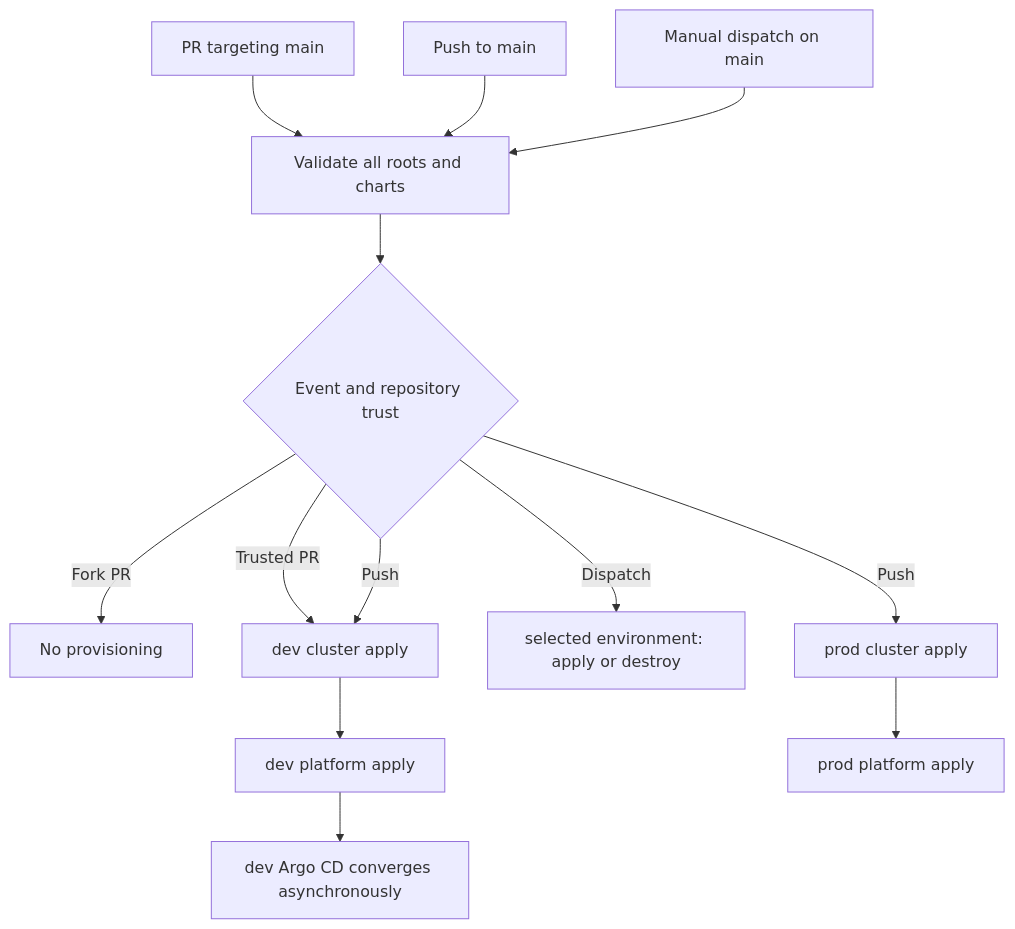
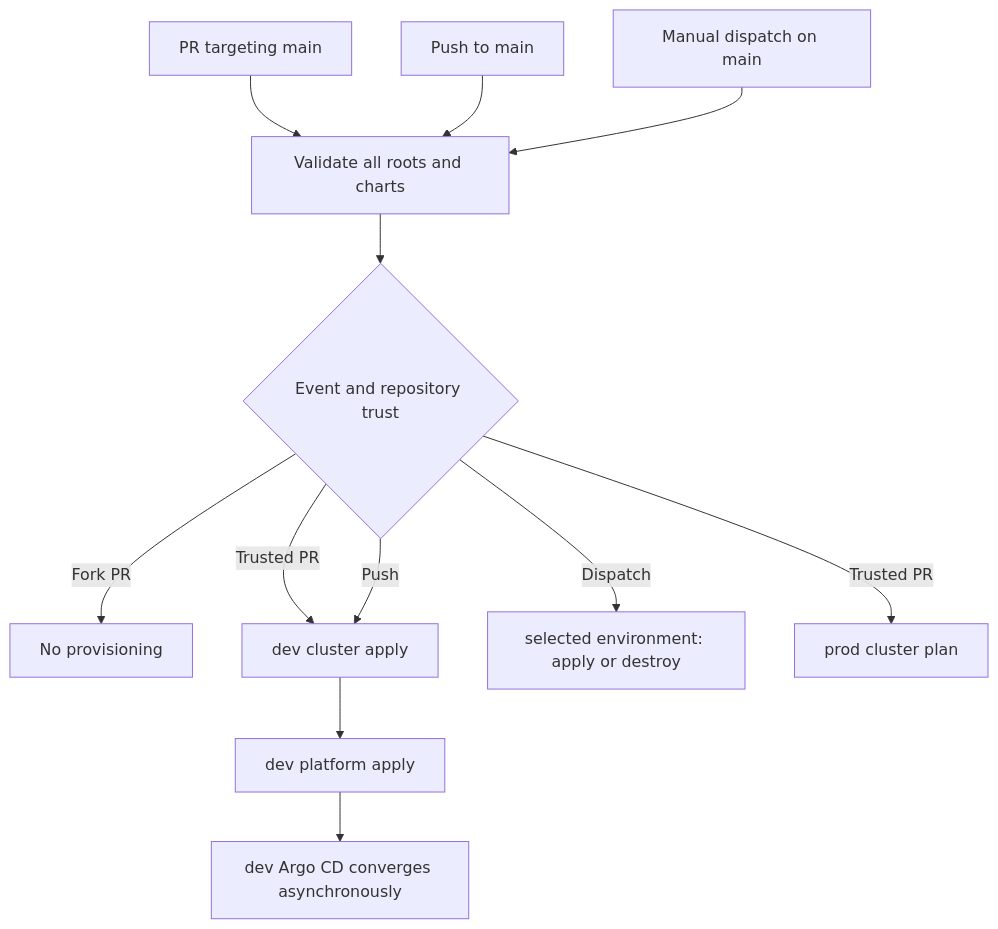
Before and after one commit to phuchoang2603/talos-proxmox: the second of 2 diagrams in docs/architecture/terraform-ci.md, drawn with Mermaid. The commit also changed other lines of this file and 2 other files, not shown here.

Commit message:
ci: require manual dispatch for prod deployment

````diff
--- a/docs/architecture/terraform-ci.md
+++ b/docs/architecture/terraform-ci.md
@@ -36,15 +36,14 @@
 ```mermaid
 flowchart TD
     PR["PR targeting main"] --> Lint["Validate all roots and charts"]
     Push["Push to main"] --> Lint
     Dispatch["Manual dispatch on main"] --> Lint
     Lint --> Trigger{"Event and repository trust"}
     Trigger -->|"Fork PR"| Done["No provisioning"]
     Trigger -->|"Trusted PR"| DevCluster
     Trigger -->|"Push"| DevCluster["dev cluster apply"]
     Trigger -->|"Dispatch"| Selected["selected environment: apply or destroy"]
     DevCluster --> DevPlatform["dev platform apply"]
     DevPlatform --> DevArgo["dev Argo CD converges asynchronously"]
-    Trigger -->|"Push"| ProdCluster["prod cluster apply"]
-    ProdCluster --> ProdPlatform["prod platform apply"]
+    Trigger -->|"Trusted PR"| ProdPlan["prod cluster plan"]
 ```
````
